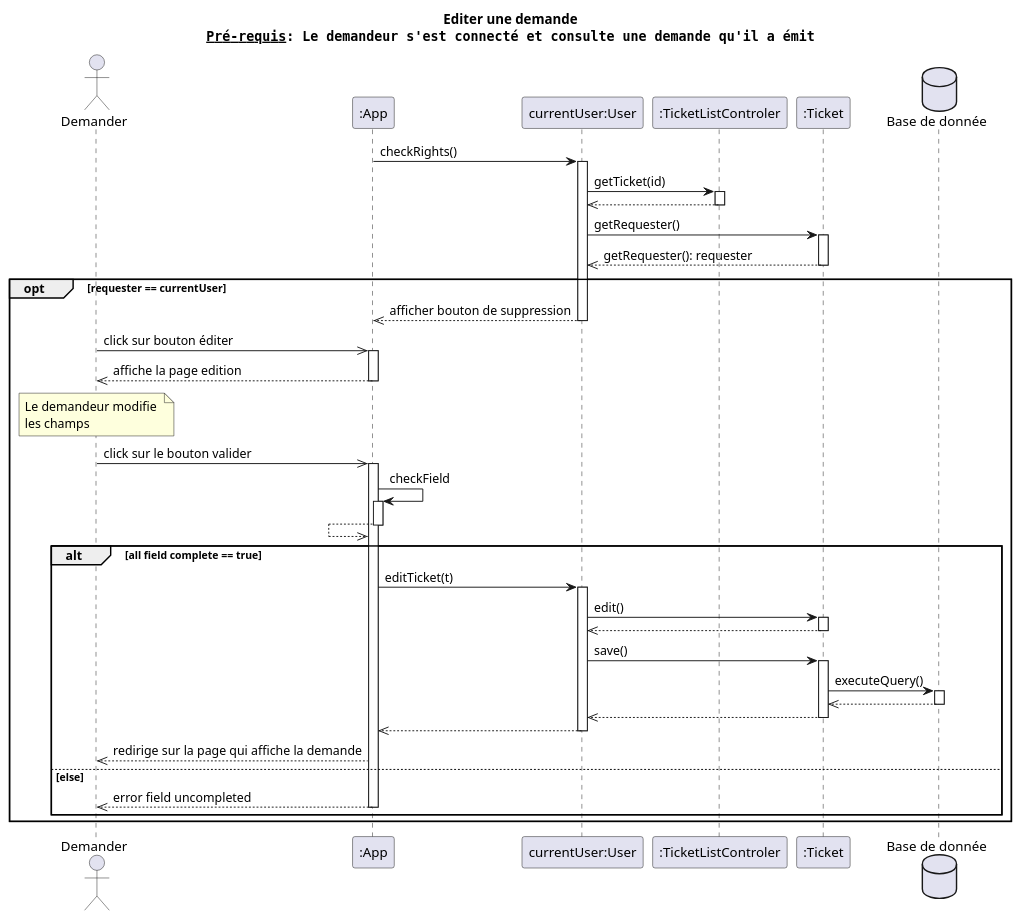
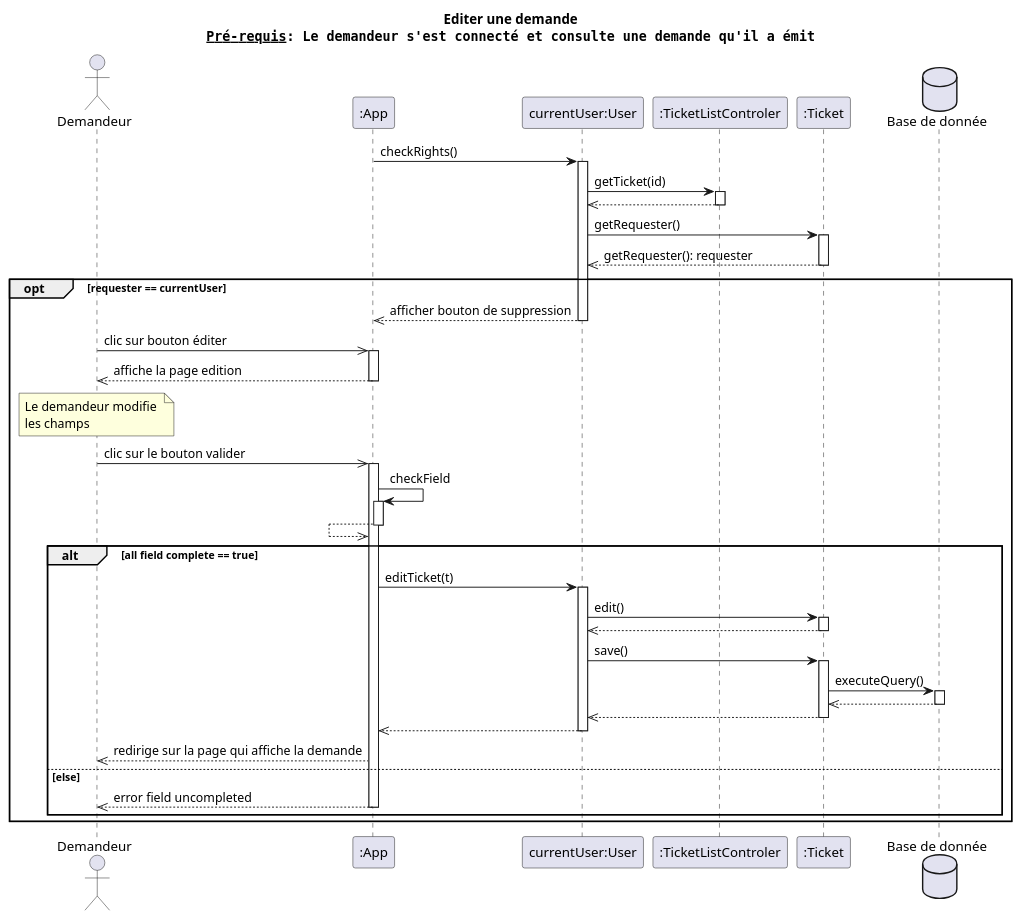
The diagram in docs/UML/diagrammes séquence/editer une demande.puml (dorianleveque/CoHub), drawn with PlantUML before and after one commit. The commit also changed 6 other files, not shown here.

```diff
--- a/docs/UML/diagrammes séquence/editer une demande.puml
+++ b/docs/UML/diagrammes séquence/editer une demande.puml
@@ -1,67 +1,67 @@
 @startuml editer une demande
 title Editer une demande\n""__Pré-requis__: Le demandeur s'est connecté et consulte une demande qu'il a émit""
 
-actor client as "Demander" order 1
+actor client as "Demandeur" order 1
 participant app as ":App"   order 2
 participant user as "currentUser:User" order 3
 participant tlc as ":TicketListControler" order 4
 participant ticket as ":Ticket" order 5
 database bdd as "Base de donnée" order 6
 
 app -> user: checkRights()
 activate user
 user -> tlc: getTicket(id)
 activate tlc
 user <<-- tlc
 deactivate tlc
 
 user -> ticket: getRequester()
 activate ticket
 user <<-- ticket : getRequester(): requester
 deactivate ticket
 
 opt requester == currentUser
     app <<-- user: afficher bouton de suppression
     deactivate user
 
 
-    client ->> app: click sur bouton éditer
+    client ->> app: clic sur bouton éditer
     activate app
     client <<-- app: affiche la page edition
     deactivate app
 
     note over client: Le demandeur modifie \nles champs
-    client ->> app: click sur le bouton valider
+    client ->> app: clic sur le bouton valider
     activate app
 
     app -> app : checkField
     activate app
     app <<-- app
     deactivate app
     alt all field complete == true
         app -> user: editTicket(t)
         activate user
         user -> ticket: edit()
         activate ticket
         user <<--ticket
         deactivate ticket
 
         user -> ticket: save()
         activate ticket
         ticket -> bdd: executeQuery()
         activate bdd
         ticket <<-- bdd
         deactivate bdd
         user <<-- ticket
         deactivate ticket
         app <<--user
         deactivate user
 
         client <<-- app: redirige sur la page qui affiche la demande
     else else
         client <<-- app: error field uncompleted
         deactivate app
     end
 
 end
 @enduml
```
